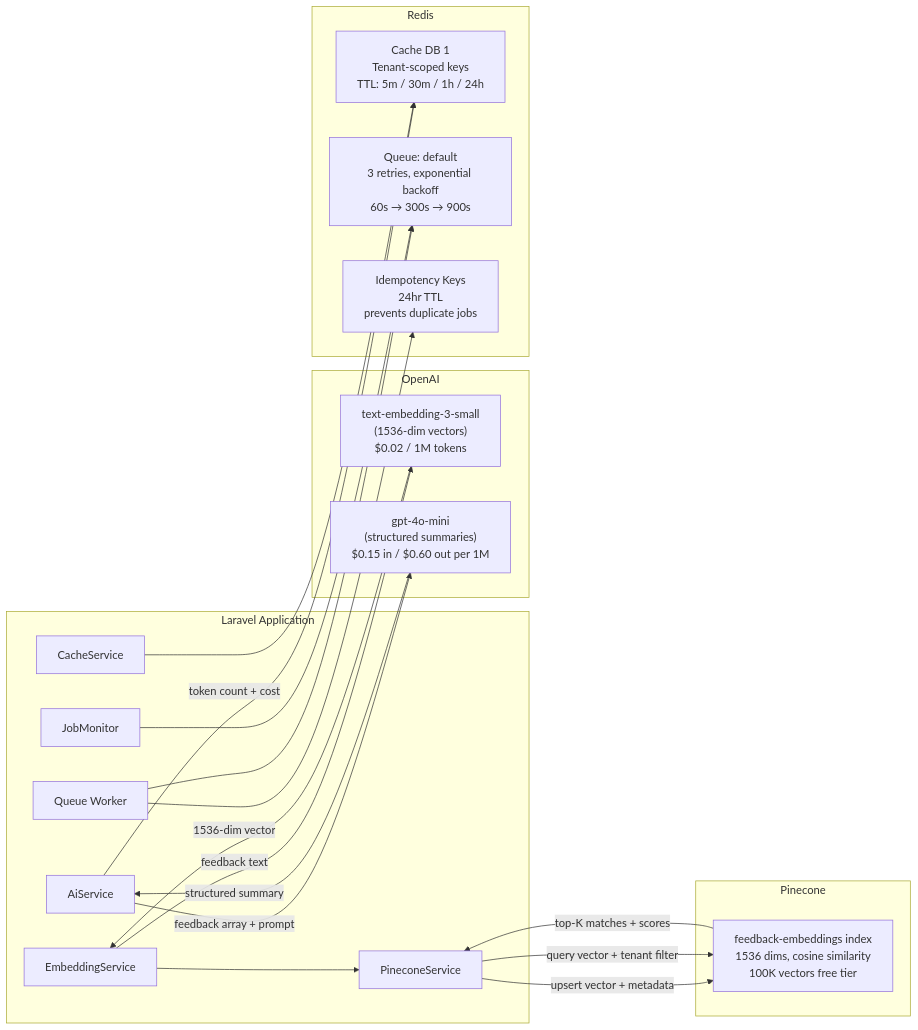
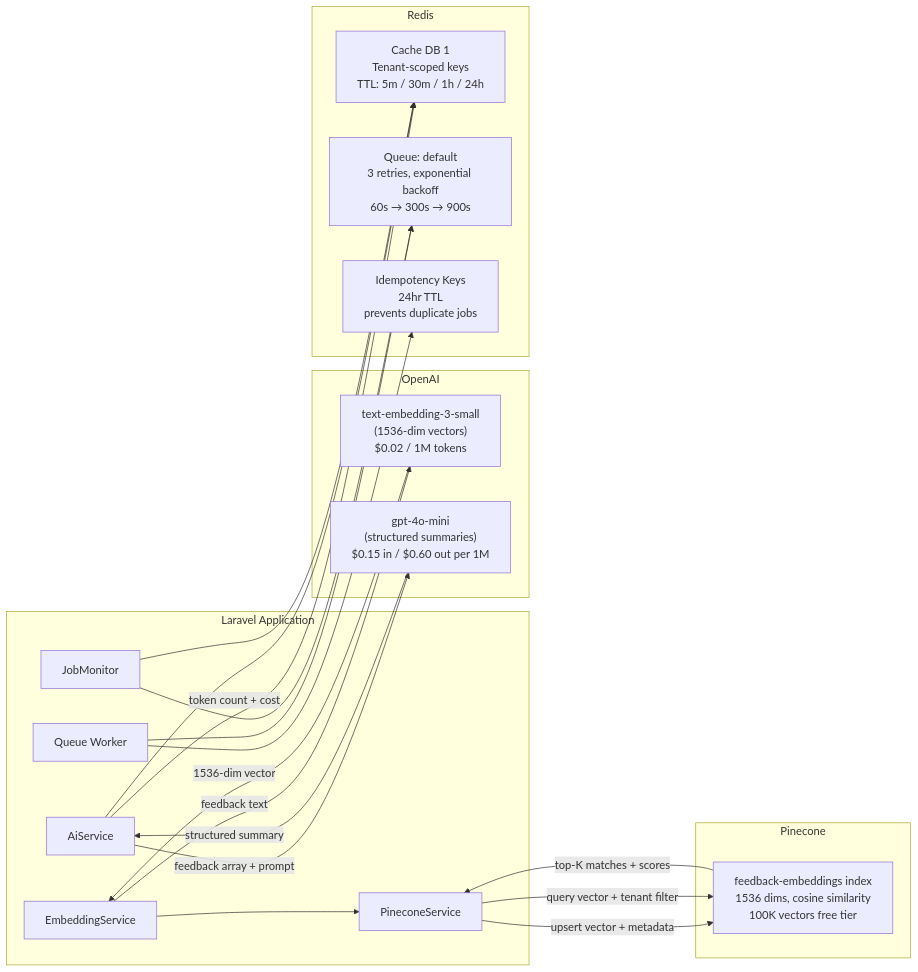
One commit to SunnyC0d3/feedbackhub changed the fourth of 5 diagrams in docs/DIAGRAMS.md. Above: the diagram before and after it, drawn with Mermaid. The commit also changed other lines of this file and 21 other files, not shown here.

````diff
--- a/docs/DIAGRAMS.md
+++ b/docs/DIAGRAMS.md
@@ -173,43 +173,43 @@
 ```mermaid
 graph LR
     subgraph App["Laravel Application"]
         AS[AiService]
         ES[EmbeddingService]
         PS[PineconeService]
-        CS[CacheService]
         JM[JobMonitor]
         Q[Queue Worker]
     end
 
     subgraph OpenAI["OpenAI"]
         EMB["text-embedding-3-small<br/>(1536-dim vectors)<br/>$0.02 / 1M tokens"]
         GPT["gpt-4o-mini<br/>(structured summaries)<br/>$0.15 in / $0.60 out per 1M"]
     end
 
     subgraph Pinecone["Pinecone"]
         IDX["feedback-embeddings index<br/>1536 dims, cosine similarity<br/>100K vectors free tier"]
     end
 
     subgraph Redis["Redis"]
         CACHE["Cache DB 1<br/>Tenant-scoped keys<br/>TTL: 5m / 30m / 1h / 24h"]
         QUEUE["Queue: default<br/>3 retries, exponential backoff<br/>60s → 300s → 900s"]
         IDEMPOTENCY["Idempotency Keys<br/>24hr TTL<br/>prevents duplicate jobs"]
     end
 
     ES -->|"feedback text"| EMB
     EMB -->|"1536-dim vector"| ES
     ES --> PS
 
     AS -->|"feedback array + prompt"| GPT
     GPT -->|"structured summary"| AS
     AS -->|"token count + cost"| CACHE
 
     PS -->|"upsert vector + metadata"| IDX
     PS -->|"query vector + tenant filter"| IDX
     IDX -->|"top-K matches + scores"| PS
 
-    CS --> CACHE
+    AS --> CACHE
+    JM --> CACHE
     Q --> QUEUE
     JM --> QUEUE
     Q --> IDEMPOTENCY
 ```
````
